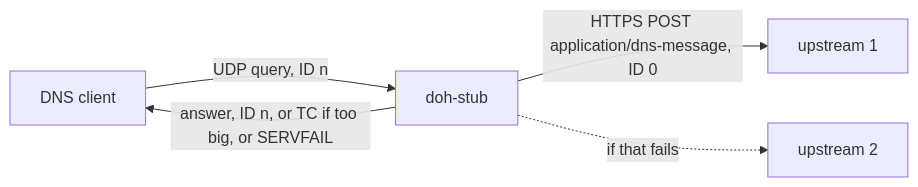
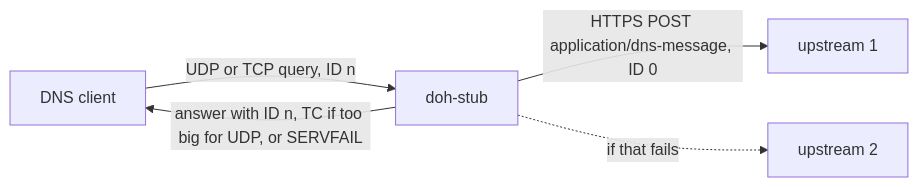
The diagram in README.md (Urthella/doh-stub), drawn with Mermaid before and after one commit. The commit also changed other lines of this file and 2 other files, not shown here.

First line of the commit message:
Serve DNS over TCP too, on the same address and port

````diff
--- a/README.md
+++ b/README.md
@@ -31,7 +31,7 @@
 ```mermaid
 flowchart LR
-    C[DNS client] -- "UDP query, ID n" --> S[doh-stub]
+    C[DNS client] -- "UDP or TCP query, ID n" --> S[doh-stub]
     S -- "HTTPS POST application/dns-message, ID 0" --> U1[upstream 1]
     S -. "if that fails" .-> U2[upstream 2]
-    S -- "answer, ID n, or TC if too big, or SERVFAIL" --> C
+    S -- "answer with ID n, TC if too big for UDP, or SERVFAIL" --> C
 ```
````
